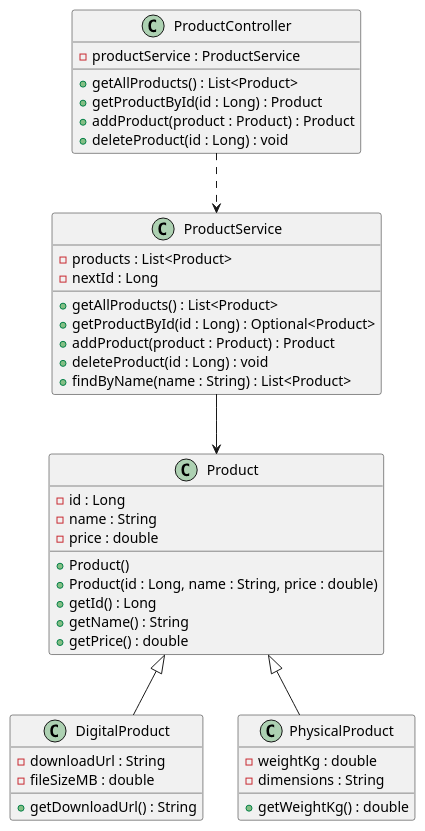
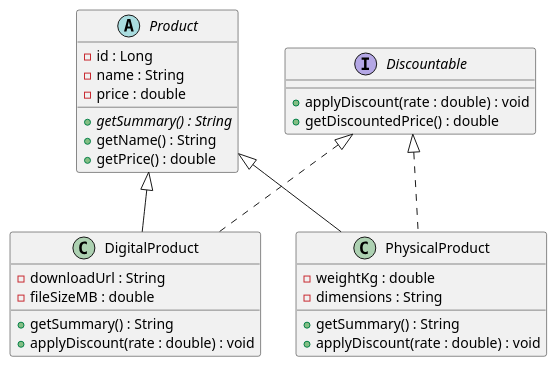
The diagram in docs/uml/Product.puml (Lakvindu-Menath/products-api), drawn with PlantUML before and after one commit. The commit also changed 6 other files, not shown here.

Commit message:
Tutorial 5: polymorphism — getSummary override and Discountable interface

```diff
--- a/docs/uml/Product.puml
+++ b/docs/uml/Product.puml
@@ -1,51 +2,37 @@
 @startuml
 
-class Product {
-    - id : Long
-    - name : String
-    - price : double
-
-    + Product()
-    + Product(id : Long, name : String, price : double)
-    + getId() : Long
-    + getName() : String
-    + getPrice() : double
+abstract class Product {
+  - id : Long
+  - name : String
+  - price : double
+  + {abstract} getSummary() : String
+  + getName() : String
+  + getPrice() : double
 }
 
+interface Discountable {
+  + applyDiscount(rate : double) : void
+  + getDiscountedPrice() : double
+}
 
-class ProductService {
-  - products : List<Product>
-  - nextId : Long
-  + getAllProducts() : List<Product>
-  + getProductById(id : Long) : Optional<Product>
-  + addProduct(product : Product) : Product
-  + deleteProduct(id : Long) : void
-  + findByName(name : String) : List<Product>
-}
-class ProductController {
-  - productService : ProductService
-  + getAllProducts() : List<Product>
-  + getProductById(id : Long) : Product
-  + addProduct(product : Product) : Product
-  + deleteProduct(id : Long) : void
-}
 class DigitalProduct {
-- downloadUrl : String
-- fileSizeMB : double
-+ getDownloadUrl() : String
+  - downloadUrl : String
+  - fileSizeMB : double
+  + getSummary() : String
+  + applyDiscount(rate : double) : void
 }
 
 class PhysicalProduct {
-- weightKg : double
-- dimensions : String
-
-+ getWeightKg() : double
+  - weightKg : double
+  - dimensions : String
+  + getSummary() : String
+  + applyDiscount(rate : double) : void
 }
 
-ProductController ..> ProductService
-ProductService --> Product
-' <|-- is the inheritance arrow. The PARENT goes on the left.
 Product <|-- DigitalProduct
 Product <|-- PhysicalProduct
 
+Discountable <|.. DigitalProduct
+Discountable <|.. PhysicalProduct
+
 @enduml
```
